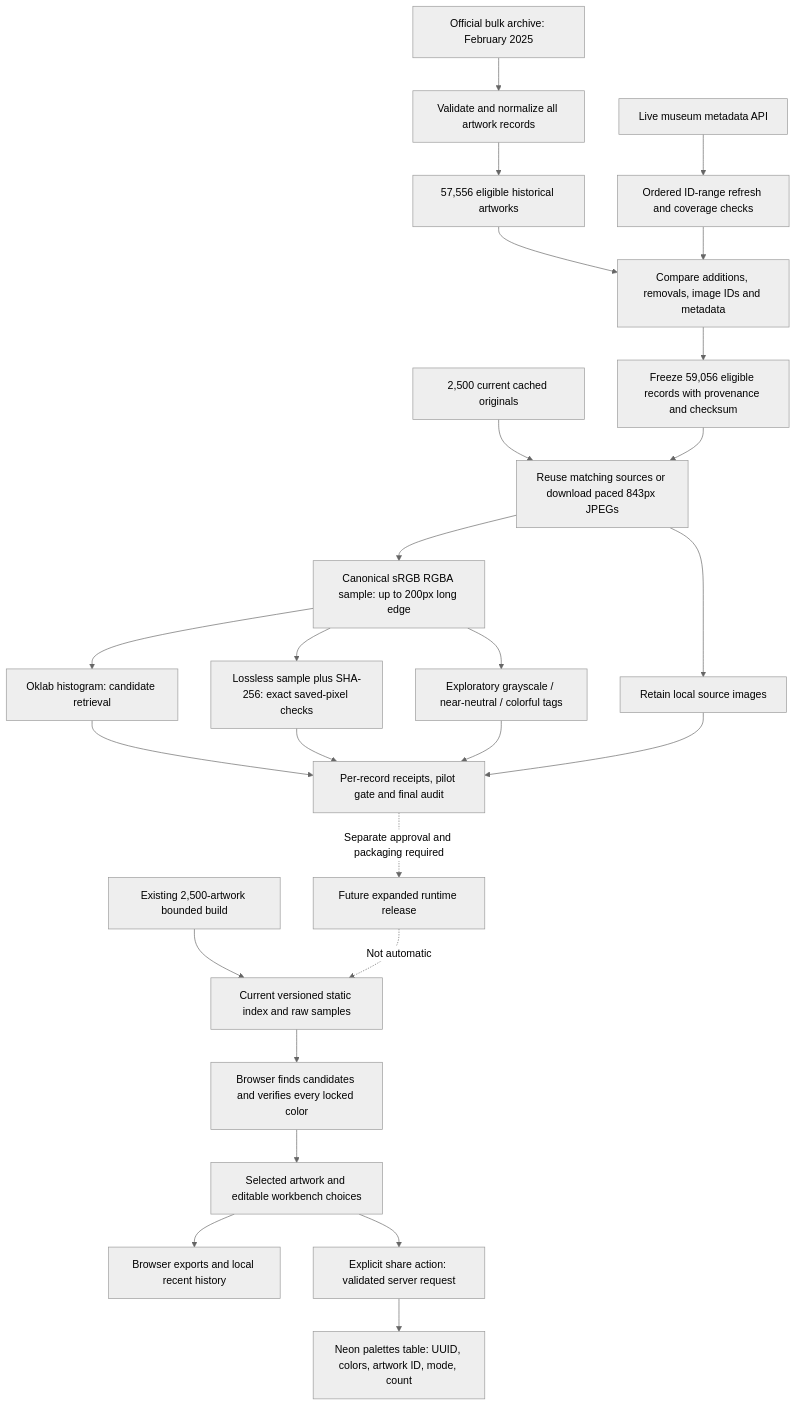
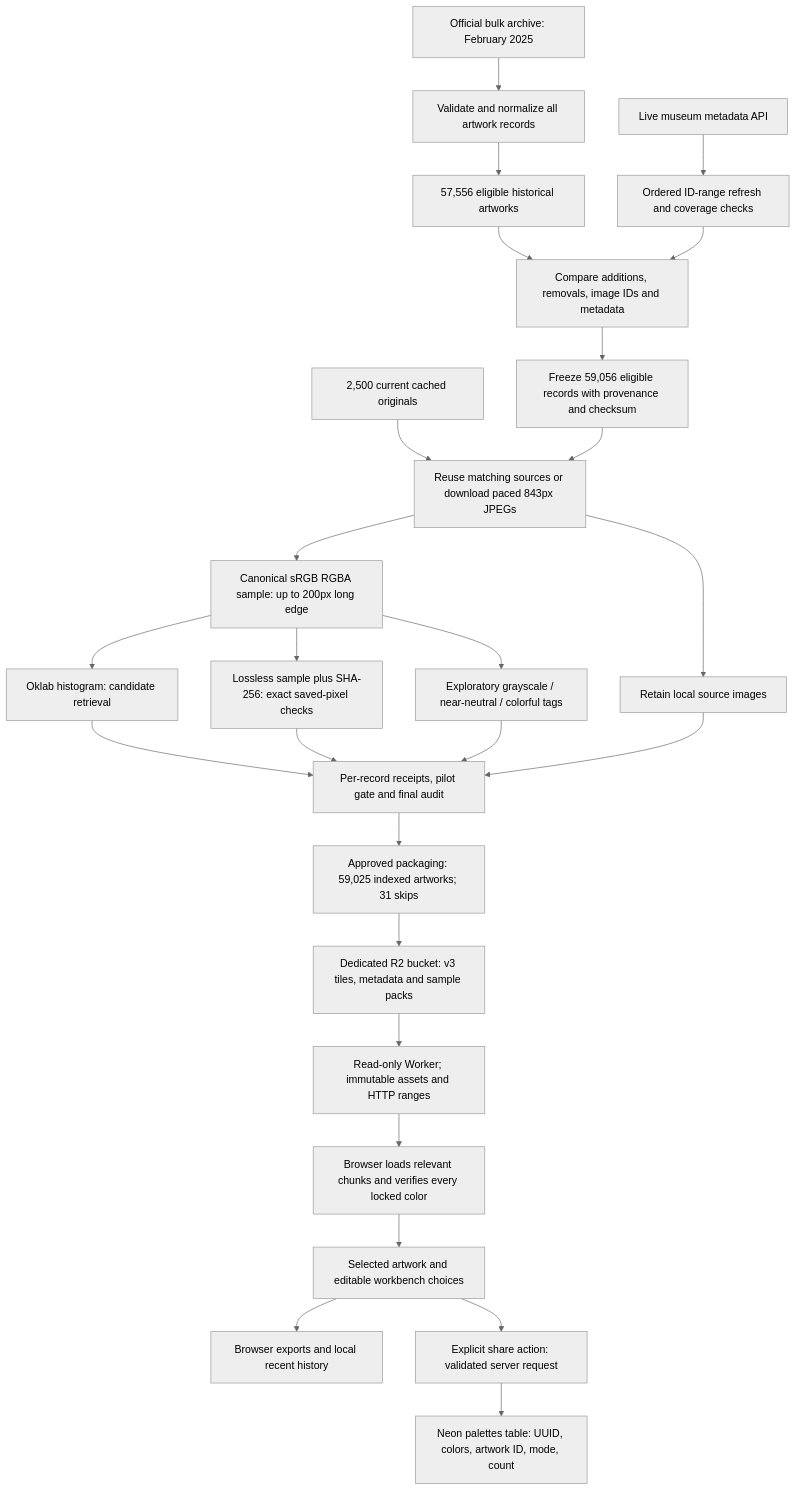
One commit to JessePomeroy/aic-palette-gen changed the diagram in docs/data-pipeline.md. Above: the diagram before and after it, drawn with Mermaid (neutral theme). The commit also changed other lines of this file and 34 other files, not shown here.

Commit message:
feat: publish full artwork index and synchronize release docs

````diff
--- a/docs/data-pipeline.md
+++ b/docs/data-pipeline.md
@@ -19,28 +19,28 @@
 ```mermaid
 flowchart TD
   Archive[Official bulk archive: February 2025] --> Import[Validate and normalize all artwork records]
   Import --> Baseline[57,556 eligible historical artworks]
   API[Live museum metadata API] --> Refresh[Ordered ID-range refresh and coverage checks]
   Baseline --> Reconcile[Compare additions, removals, image IDs and metadata]
   Refresh --> Reconcile
   Reconcile --> Catalog[Freeze 59,056 eligible records with provenance and checksum]
   Cache[2,500 current cached originals] --> Images[Reuse matching sources or download paced 843px JPEGs]
   Catalog --> Images
   Images --> Originals[Retain local source images]
   Images --> Pixels[Canonical sRGB RGBA sample: up to 200px long edge]
   Pixels --> Signature[Oklab histogram: candidate retrieval]
   Pixels --> Sample[Lossless sample plus SHA-256: exact saved-pixel checks]
   Pixels --> Tags[Exploratory grayscale / near-neutral / colorful tags]
   Signature --> Audit[Per-record receipts, pilot gate and final audit]
   Sample --> Audit
   Tags --> Audit
   Originals --> Audit
-  Audit -. Separate approval and packaging required .-> Future[Future expanded runtime release]
-  Existing[Existing 2,500-artwork bounded build] --> Assets[Current versioned static index and raw samples]
-  Future -. Not automatic .-> Assets
-  Assets --> Match[Browser finds candidates and verifies every locked color]
+  Audit --> Release[Approved packaging: 59,025 indexed artworks; 31 skips]
+  Release --> Assets[Dedicated R2 bucket: v3 tiles, metadata and sample packs]
+  Assets --> Gateway[Read-only Worker; immutable assets and HTTP ranges]
+  Gateway --> Match[Browser loads relevant chunks and verifies every locked color]
   Match --> Palette[Selected artwork and editable workbench choices]
   Palette --> Exports[Browser exports and local recent history]
   Palette --> Save[Explicit share action: validated server request]
   Save --> Neon[Neon palettes table: UUID, colors, artwork ID, mode, count]
 ```
````
